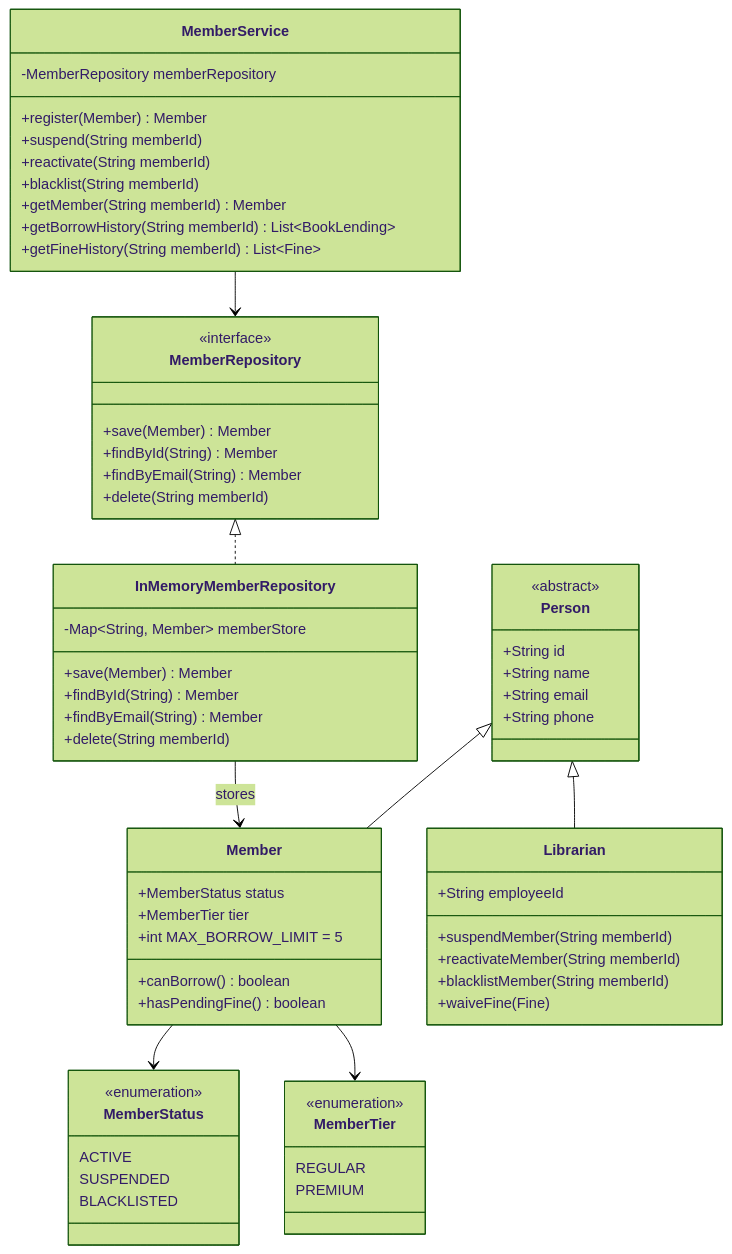
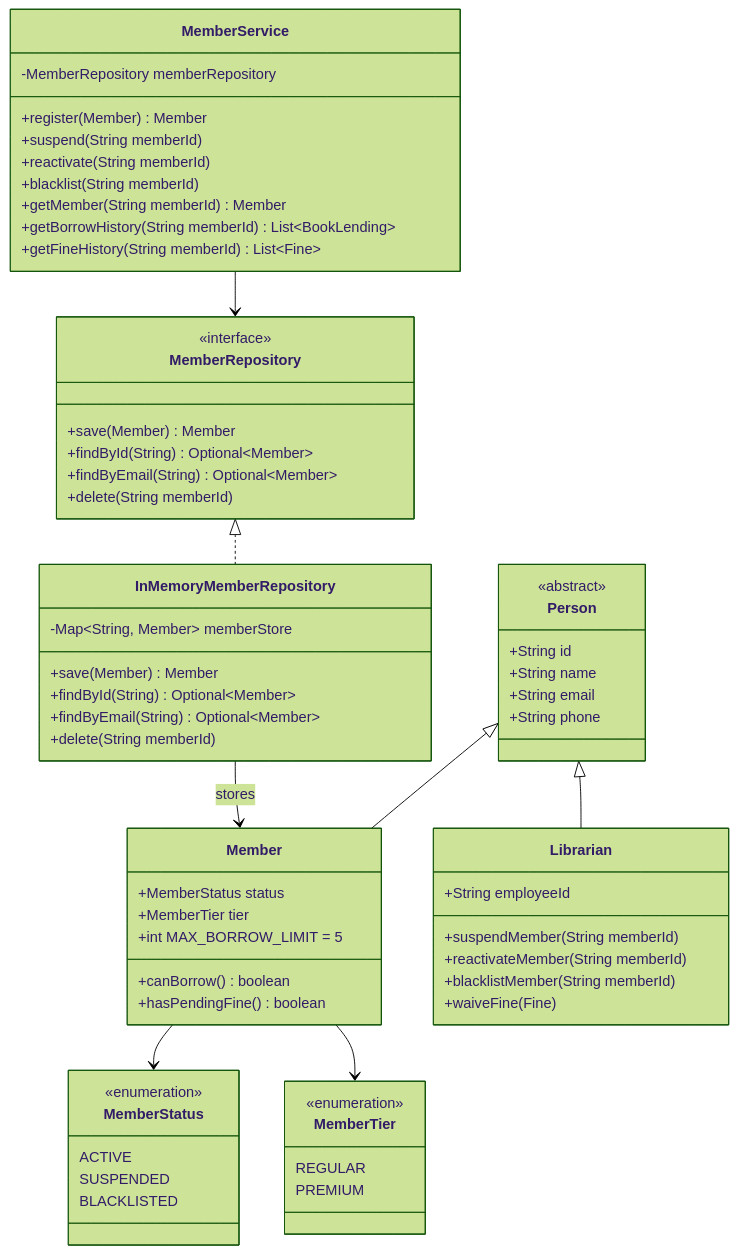
Before and after one commit to Arnavjain1703/LLD: the second of 9 diagrams in LibraryManagementSystem/class-diagram.md, drawn with Mermaid (forest theme). The commit also changed other lines of this file, not shown here.

````diff
--- a/LibraryManagementSystem/class-diagram.md
+++ b/LibraryManagementSystem/class-diagram.md
@@ -123,74 +186,74 @@
 ```mermaid
 classDiagram
     class MemberStatus {
         <<enumeration>>
         ACTIVE
         SUSPENDED
         BLACKLISTED
     }
 
     class MemberTier {
         <<enumeration>>
         REGULAR
         PREMIUM
     }
 
     class Person {
         <<abstract>>
         +String id
         +String name
         +String email
         +String phone
     }
 
     class Member {
         +MemberStatus status
         +MemberTier tier
         +int MAX_BORROW_LIMIT = 5
         +canBorrow() boolean
         +hasPendingFine() boolean
     }
 
     class Librarian {
         +String employeeId
         +suspendMember(String memberId)
         +reactivateMember(String memberId)
         +blacklistMember(String memberId)
         +waiveFine(Fine)
     }
 
     class MemberRepository {
         <<interface>>
         +save(Member) Member
-        +findById(String) Member
-        +findByEmail(String) Member
+        +findById(String) Optional~Member~
+        +findByEmail(String) Optional~Member~
         +delete(String memberId)
     }
 
     class InMemoryMemberRepository {
         -Map~String, Member~ memberStore
         +save(Member) Member
-        +findById(String) Member
-        +findByEmail(String) Member
+        +findById(String) Optional~Member~
+        +findByEmail(String) Optional~Member~
         +delete(String memberId)
     }
 
     class MemberService {
         -MemberRepository memberRepository
         +register(Member) Member
         +suspend(String memberId)
         +reactivate(String memberId)
         +blacklist(String memberId)
         +getMember(String memberId) Member
         +getBorrowHistory(String memberId) List~BookLending~
         +getFineHistory(String memberId) List~Fine~
     }
 
     Person <|-- Member
     Person <|-- Librarian
     Member --> MemberStatus
     Member --> MemberTier
     MemberRepository <|.. InMemoryMemberRepository
     InMemoryMemberRepository --> Member : stores
     MemberService --> MemberRepository
 ```
````
